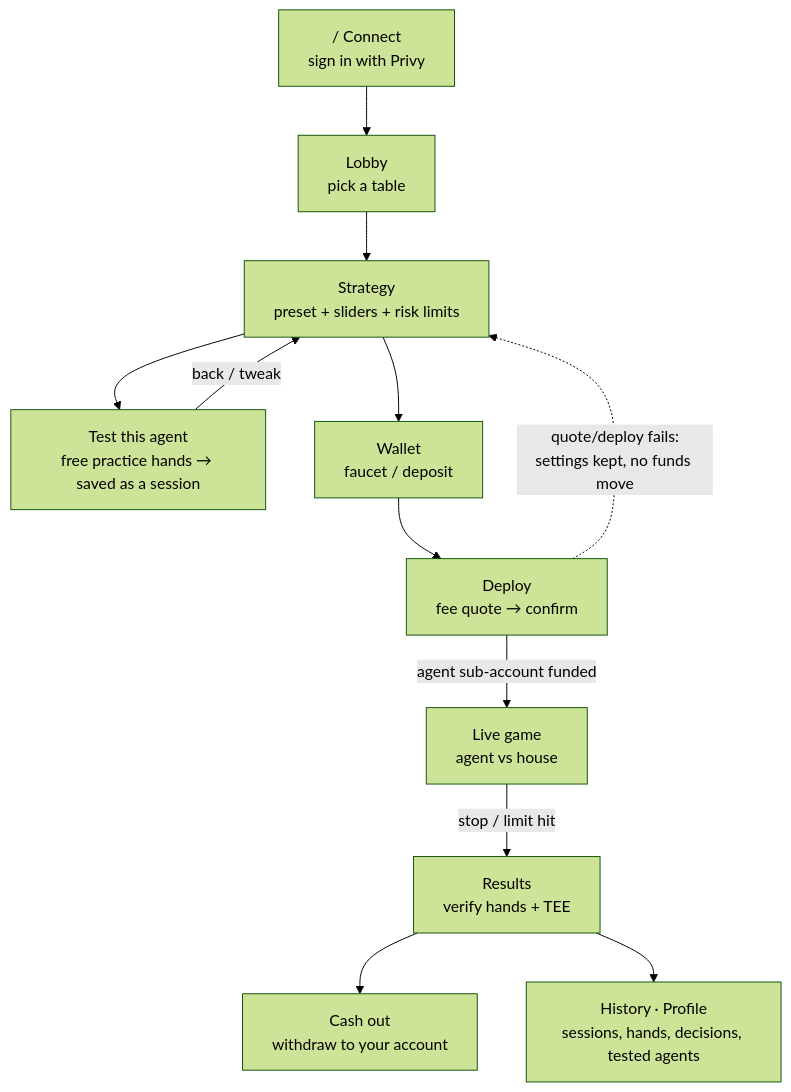
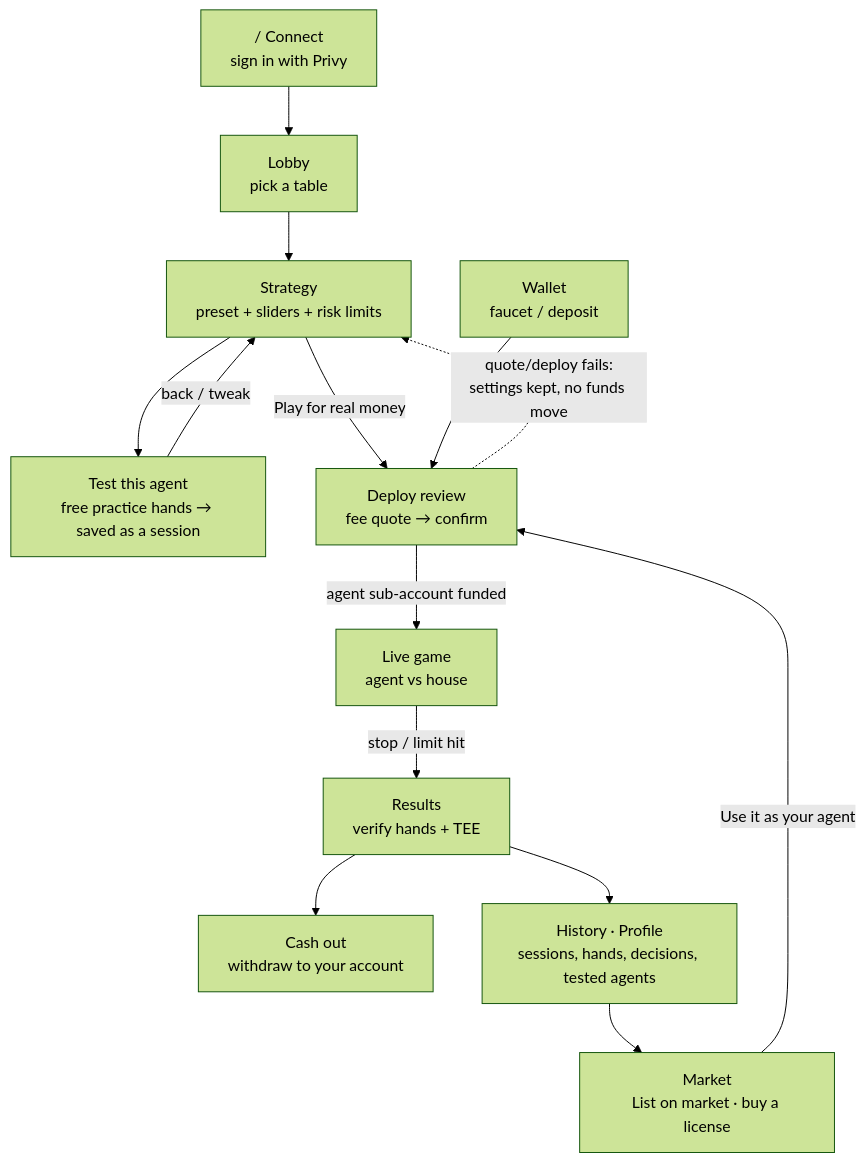
The third of 5 diagrams in README.md (Neeraj1850/bluffalo-v1), drawn with Mermaid (forest theme) before and after one commit. The commit also changed other lines of this file, not shown here.

Commit message:
docs: README polish for judges, locked market contract, demo data, current tests

````diff
--- a/README.md
+++ b/README.md
@@ -231,14 +236,16 @@
 ```mermaid
 flowchart TD
     A["/ Connect<br/>sign in with Privy"] --> B["Lobby<br/>pick a table"]
     B --> C["Strategy<br/>preset + sliders + risk limits"]
     C --> D["Test this agent<br/>free practice hands → saved as a session"]
     D -->|"back / tweak"| C
-    C --> W["Wallet<br/>faucet / deposit"]
-    W --> E["Deploy<br/>fee quote → confirm"]
+    C -->|"Play for real money"| E["Deploy review<br/>fee quote → confirm"]
+    W["Wallet<br/>faucet / deposit"] --> E
     E -->|"agent sub-account funded"| F["Live game<br/>agent vs house"]
     F -->|"stop / limit hit"| G["Results<br/>verify hands + TEE"]
     G --> H["Cash out<br/>withdraw to your account"]
     G --> I["History · Profile<br/>sessions, hands, decisions, tested agents"]
+    I --> M["Market<br/>List on market · buy a license"]
+    M -->|"Use it as your agent"| E
     E -.->|"quote/deploy fails:<br/>settings kept, no funds move"| C
 ```
````
